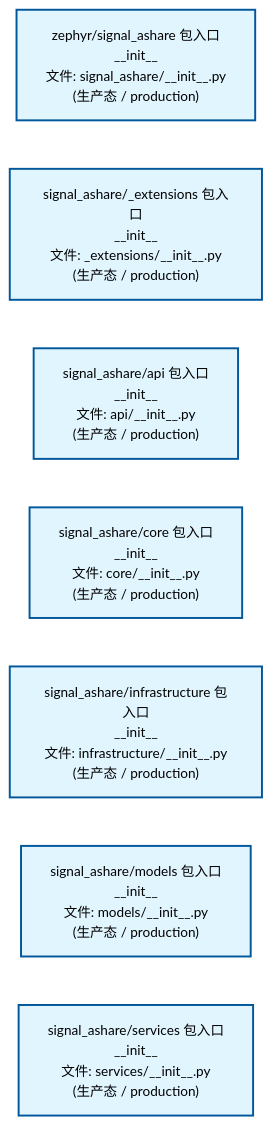
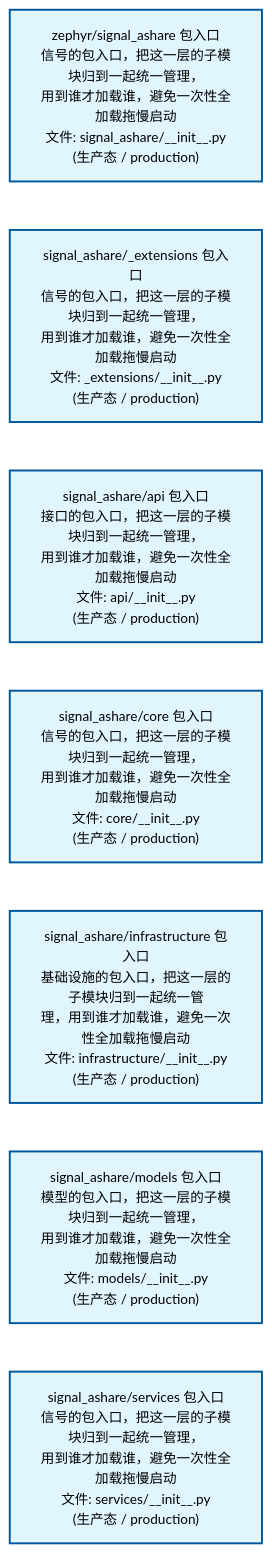
The second of 4 diagrams in docs/02_enterprise_architecture/02_domain_architecture_docs/32_d_ashare_signal.md (xuanFelixVan/ZephyrAlpha), drawn with Mermaid before and after one commit. The commit also changed other lines of this file and 63 other files, not shown here.

````diff
--- a/docs/02_enterprise_architecture/02_domain_architecture_docs/32_d_ashare_signal.md
+++ b/docs/02_enterprise_architecture/02_domain_architecture_docs/32_d_ashare_signal.md
@@ -107,22 +107,22 @@
 ```mermaid
 %%{init: {'theme': 'base', 'themeVariables': {'primaryColor': '#eaeaea', 'primaryTextColor': '#333333', 'primaryBorderColor': '#666666', 'lineColor': '#666666', 'secondaryColor': '#eaeaea', 'tertiaryColor': '#eaeaea', 'fontSize': '14px'}}}%%
 flowchart TD
-    src_zephyr_signal_ashare_init_py["zephyr/signal_ashare 包入口<br/>__init__<br/>文件: signal_ashare/__init__.py<br/>(生产态 / production)"]
-    src_zephyr_signal_ashare_extensions_init_py["signal_ashare/_extensions 包入口<br/>__init__<br/>文件: _extensions/__init__.py<br/>(生产态 / production)"]
-    src_zephyr_signal_ashare_api_init_py["signal_ashare/api 包入口<br/>__init__<br/>文件: api/__init__.py<br/>(生产态 / production)"]
-    src_zephyr_signal_ashare_core_init_py["signal_ashare/core 包入口<br/>__init__<br/>文件: core/__init__.py<br/>(生产态 / production)"]
-    src_zephyr_signal_ashare_infrastructure_init_py["signal_ashare/infrastructure 包入口<br/>__init__<br/>文件: infrastructure/__init__.py<br/>(生产态 / production)"]
-    src_zephyr_signal_ashare_models_init_py["signal_ashare/models 包入口<br/>__init__<br/>文件: models/__init__.py<br/>(生产态 / production)"]
-    src_zephyr_signal_ashare_services_init_py["signal_ashare/services 包入口<br/>__init__<br/>文件: services/__init__.py<br/>(生产态 / production)"]
+    src_zephyr_signal_ashare_init_py["zephyr/signal_ashare 包入口<br/>信号的包入口，把这一层的子模块归到一起统一管理，<br/>用到谁才加载谁，避免一次性全加载拖慢启动<br/>文件: signal_ashare/__init__.py<br/>(生产态 / production)"]
+    src_zephyr_signal_ashare_extensions_init_py["signal_ashare/_extensions 包入口<br/>信号的包入口，把这一层的子模块归到一起统一管理，<br/>用到谁才加载谁，避免一次性全加载拖慢启动<br/>文件: _extensions/__init__.py<br/>(生产态 / production)"]
+    src_zephyr_signal_ashare_api_init_py["signal_ashare/api 包入口<br/>接口的包入口，把这一层的子模块归到一起统一管理，<br/>用到谁才加载谁，避免一次性全加载拖慢启动<br/>文件: api/__init__.py<br/>(生产态 / production)"]
+    src_zephyr_signal_ashare_core_init_py["signal_ashare/core 包入口<br/>信号的包入口，把这一层的子模块归到一起统一管理，<br/>用到谁才加载谁，避免一次性全加载拖慢启动<br/>文件: core/__init__.py<br/>(生产态 / production)"]
+    src_zephyr_signal_ashare_infrastructure_init_py["signal_ashare/infrastructure 包入口<br/>基础设施的包入口，把这一层的子模块归到一起统一管<br/>理，用到谁才加载谁，避免一次性全加载拖慢启动<br/>文件: infrastructure/__init__.py<br/>(生产态 / production)"]
+    src_zephyr_signal_ashare_models_init_py["signal_ashare/models 包入口<br/>模型的包入口，把这一层的子模块归到一起统一管理，<br/>用到谁才加载谁，避免一次性全加载拖慢启动<br/>文件: models/__init__.py<br/>(生产态 / production)"]
+    src_zephyr_signal_ashare_services_init_py["signal_ashare/services 包入口<br/>信号的包入口，把这一层的子模块归到一起统一管理，<br/>用到谁才加载谁，避免一次性全加载拖慢启动<br/>文件: services/__init__.py<br/>(生产态 / production)"]
     src_zephyr_signal_ashare_init_py ~~~ src_zephyr_signal_ashare_extensions_init_py
     src_zephyr_signal_ashare_extensions_init_py ~~~ src_zephyr_signal_ashare_api_init_py
     src_zephyr_signal_ashare_api_init_py ~~~ src_zephyr_signal_ashare_core_init_py
     src_zephyr_signal_ashare_core_init_py ~~~ src_zephyr_signal_ashare_infrastructure_init_py
     src_zephyr_signal_ashare_infrastructure_init_py ~~~ src_zephyr_signal_ashare_models_init_py
     src_zephyr_signal_ashare_models_init_py ~~~ src_zephyr_signal_ashare_services_init_py
     classDef production fill:#e1f5fe,stroke:#01579b,stroke-width:2px,color:#000
     classDef design fill:#fff3e0,stroke:#e65100,stroke-width:2px,color:#000,stroke-dasharray: 5 5
     classDef external_prod fill:#e8f4fd,stroke:#0277bd,stroke-width:1px,color:#000
     classDef external_design fill:#fff8e7,stroke:#ef6c00,stroke-width:1px,color:#000,stroke-dasharray: 5 5
     class src_zephyr_signal_ashare_init_py,src_zephyr_signal_ashare_extensions_init_py,src_zephyr_signal_ashare_api_init_py,src_zephyr_signal_ashare_core_init_py,src_zephyr_signal_ashare_infrastructure_init_py,src_zephyr_signal_ashare_models_init_py,src_zephyr_signal_ashare_services_init_py production
 ```
````
